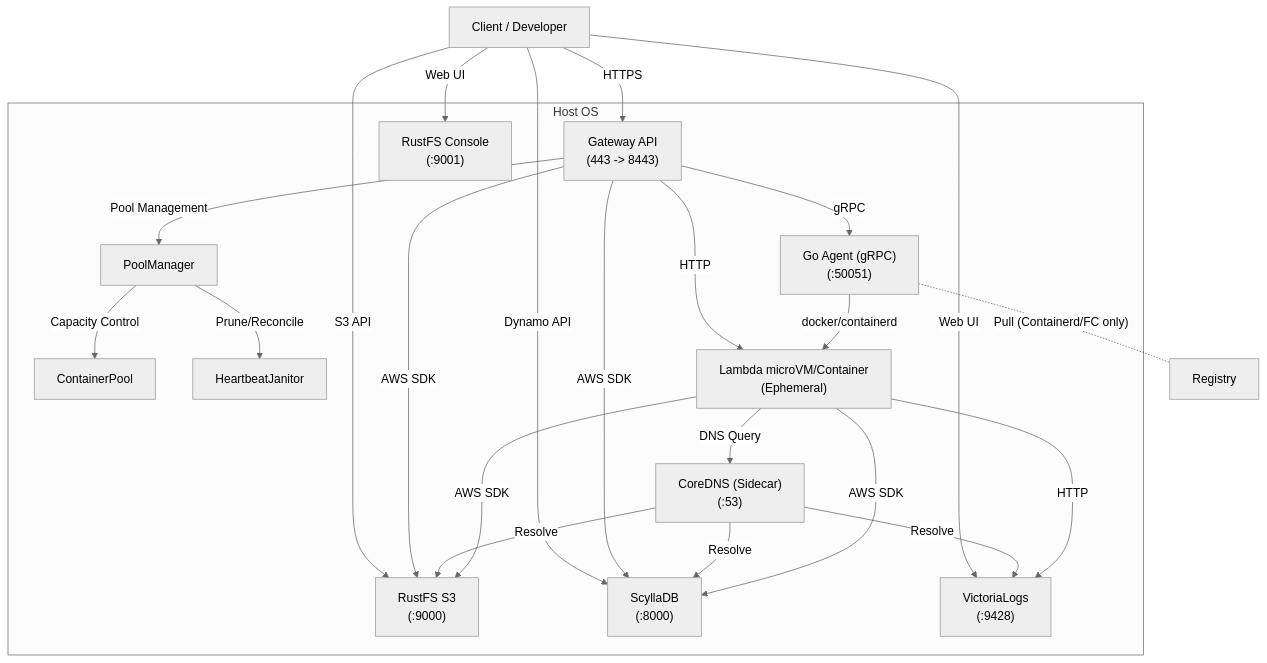
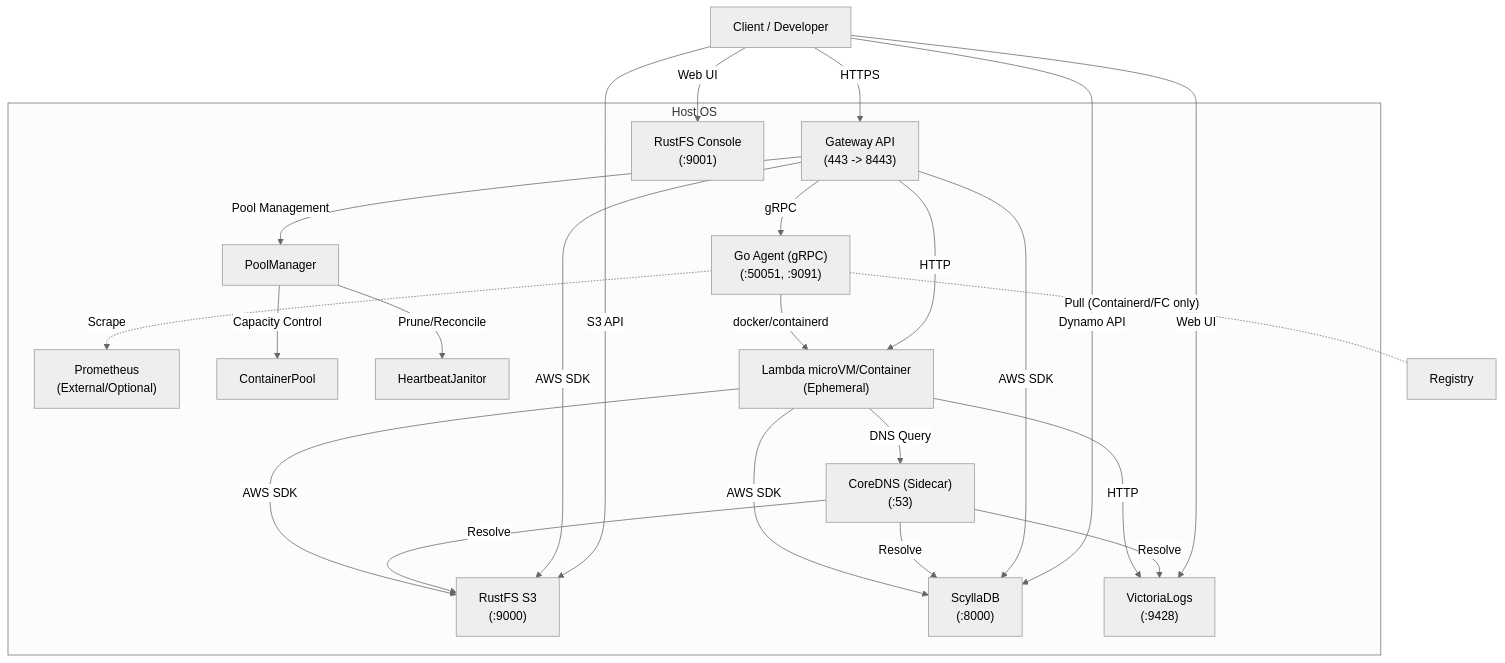
Before and after one commit to poruru-code/esb: the diagram in docs/spec.md, drawn with Mermaid (neutral theme). The commit also changed other lines of this file and 10 other files, not shown here.

````diff
--- a/docs/spec.md
+++ b/docs/spec.md
@@ -15,42 +10,44 @@
 ```mermaid
 flowchart TD
     User["Client / Developer"]
     
     subgraph Host ["Host OS"]
         Gateway["Gateway API<br>(443 -> 8443)"]
-        Agent["Go Agent (gRPC)<br>(:50051)"]
+        Agent["Go Agent (gRPC)<br>(:50051, :9091)"]
         CoreDNS["CoreDNS (Sidecar)<br>(:53)"]
+        Prometheus["Prometheus<br>(External/Optional)"]
         RustFS["RustFS S3<br>(:9000)"]
         Console["RustFS Console<br>(:9001)"]
         DB["ScyllaDB<br>(:8000)"]
         Logs["VictoriaLogs<br>(:9428)"]
         
         Gateway -->|Pool Management| PoolManager["PoolManager"]
         PoolManager -->|Capacity Control| ContainerPool["ContainerPool"]
         PoolManager -->|Prune/Reconcile| HeartbeatJanitor["HeartbeatJanitor"]
         
         Lambda["Lambda microVM/Container<br>(Ephemeral)"]
     end
 
     User -->|HTTPS| Gateway
     User -->|S3 API| RustFS
     User -->|Web UI| Console
     User -->|Dynamo API| DB
     User -->|Web UI| Logs
     
     Gateway -->|gRPC| Agent
     Gateway -->|AWS SDK| RustFS
     Gateway -->|AWS SDK| DB
     Gateway -->|HTTP| Lambda
     
     Agent -->|docker/containerd| Lambda
     Agent -.-|"Pull (Containerd/FC only)"| Registry["Registry"]
+    Agent -.->|Scrape| Prometheus
     
     Lambda -->|DNS Query| CoreDNS
     CoreDNS -->|Resolve| RustFS
     CoreDNS -->|Resolve| DB
     CoreDNS -->|Resolve| Logs
     Lambda -->|AWS SDK| RustFS
     Lambda -->|AWS SDK| DB
     Lambda -->|HTTP| Logs
 ```
````
